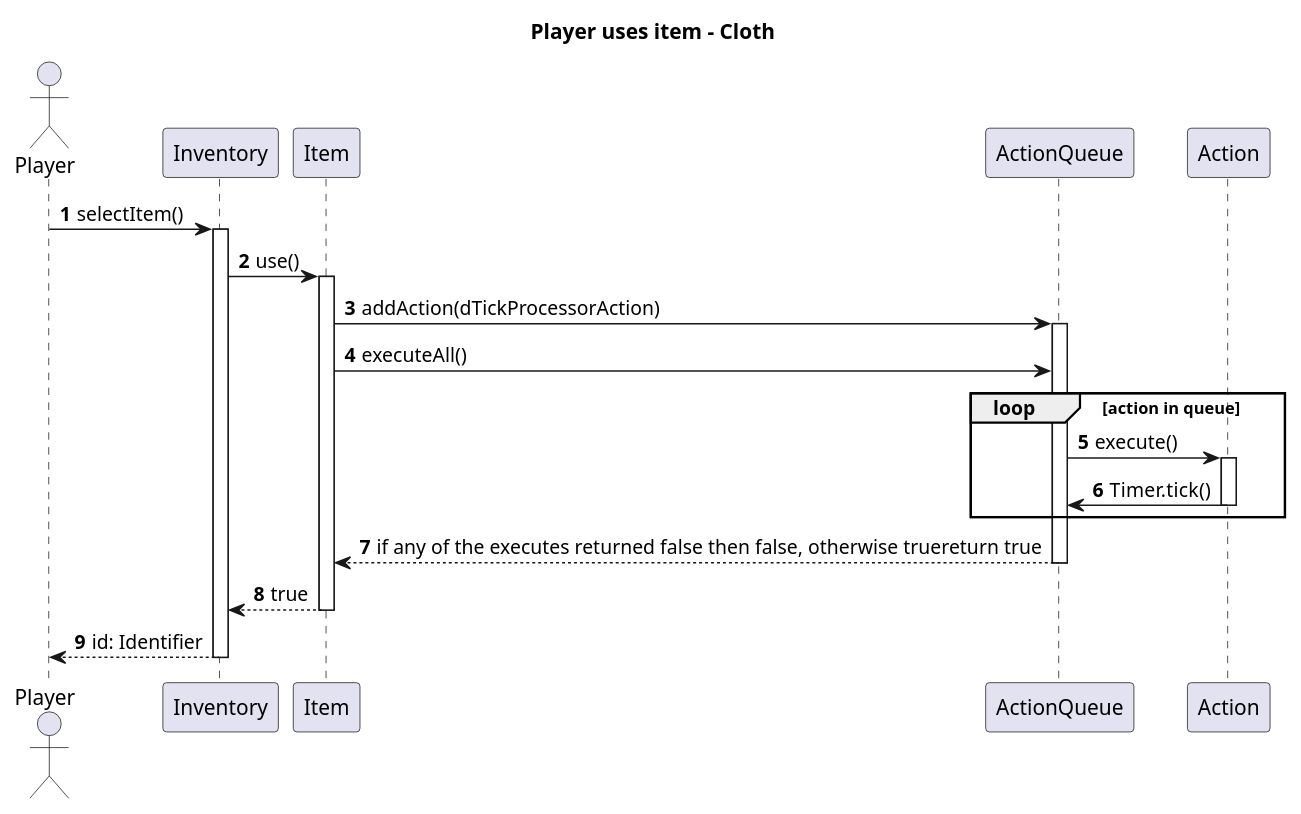
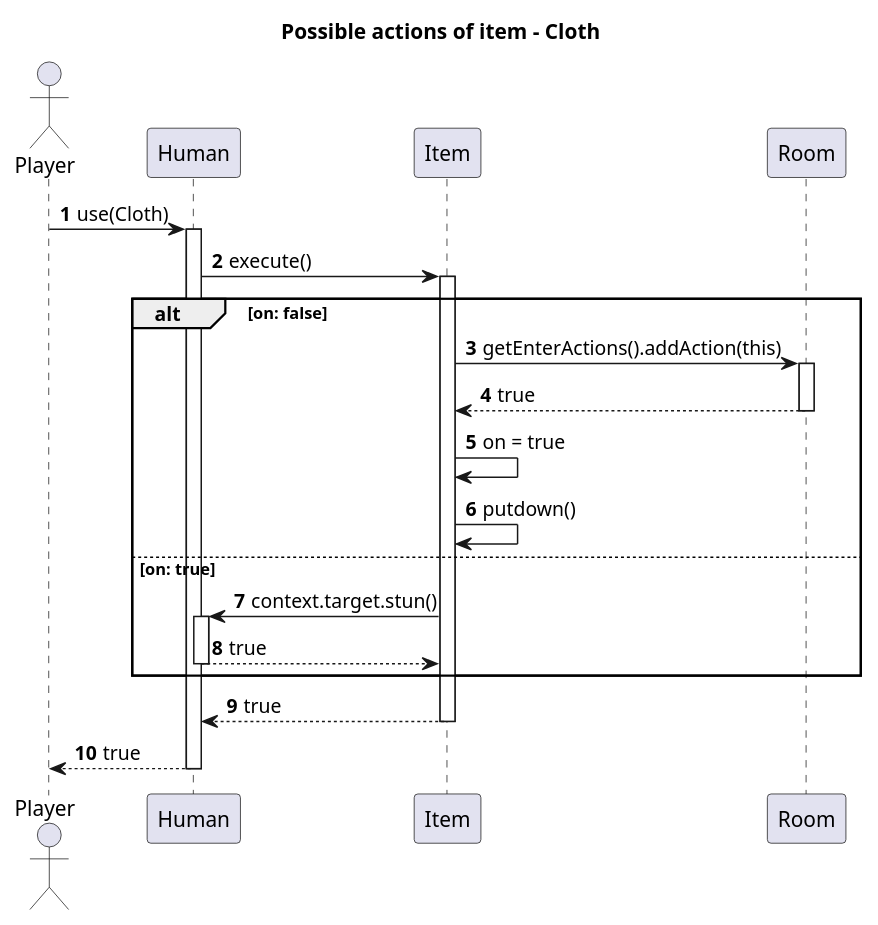
The diagram in resources/sequence_diagrams/item/itemUse/itemUse_cloth.puml (MysticMazeEducators/.github), drawn with PlantUML before and after one commit. The commit also changed 3 other files, not shown here.

```diff
--- a/resources/sequence_diagrams/item/itemUse/itemUse_cloth.puml
+++ b/resources/sequence_diagrams/item/itemUse/itemUse_cloth.puml
@@ -1,30 +1,30 @@
 @startuml
 'https://plantuml.com/sequence-diagram
 
-title Player uses item - Cloth
+title Possible actions of item - Cloth
 autonumber
 
 Actor Player as p
-participant Inventory as inv
-participant Item as item
-participant ActionQueue as aq
+participant Human as h
+participant Item as i
+participant Room as r
 
-p->inv : selectItem()
-activate inv
+p->h : use(Cloth)
+activate h
 
-inv->item: use()
-activate item
-
-item->aq: addAction(dTickProcessorAction)
-activate aq
-item -> aq: executeAll()
-loop action in queue
-    aq -> Action: execute()
-    activate Action
-    Action -> aq: Timer.tick()
-    deactivate Action
-end loop
-return if any of the executes returned false then false, otherwise truereturn true
+h -> i: execute()
+activate i
+alt on: false
+    i -> r: getEnterActions().addAction(this)
+    activate r
+    return true
+    i -> i: on = true
+    i -> i: putdown()
+else on: true
+    i -> h: context.target.stun()
+    activate h
+    return true
+end
 return true
-return id: Identifier
+return true
 @enduml
```
